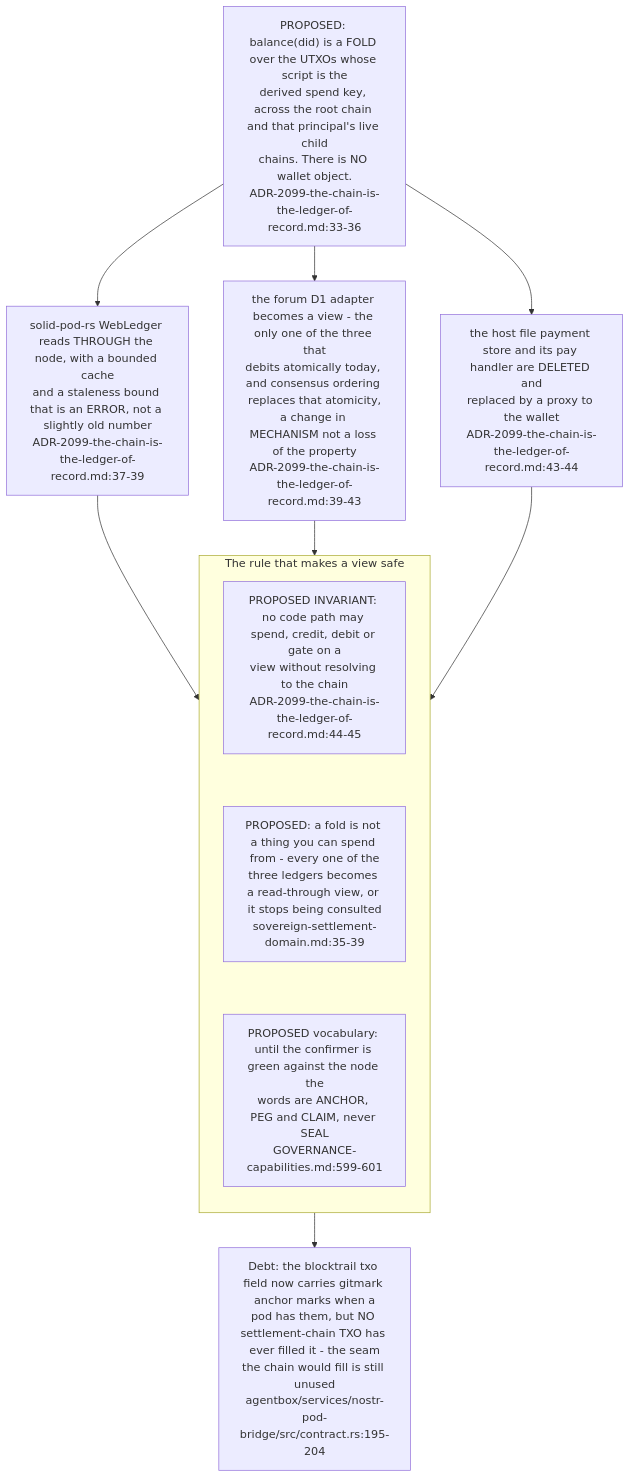
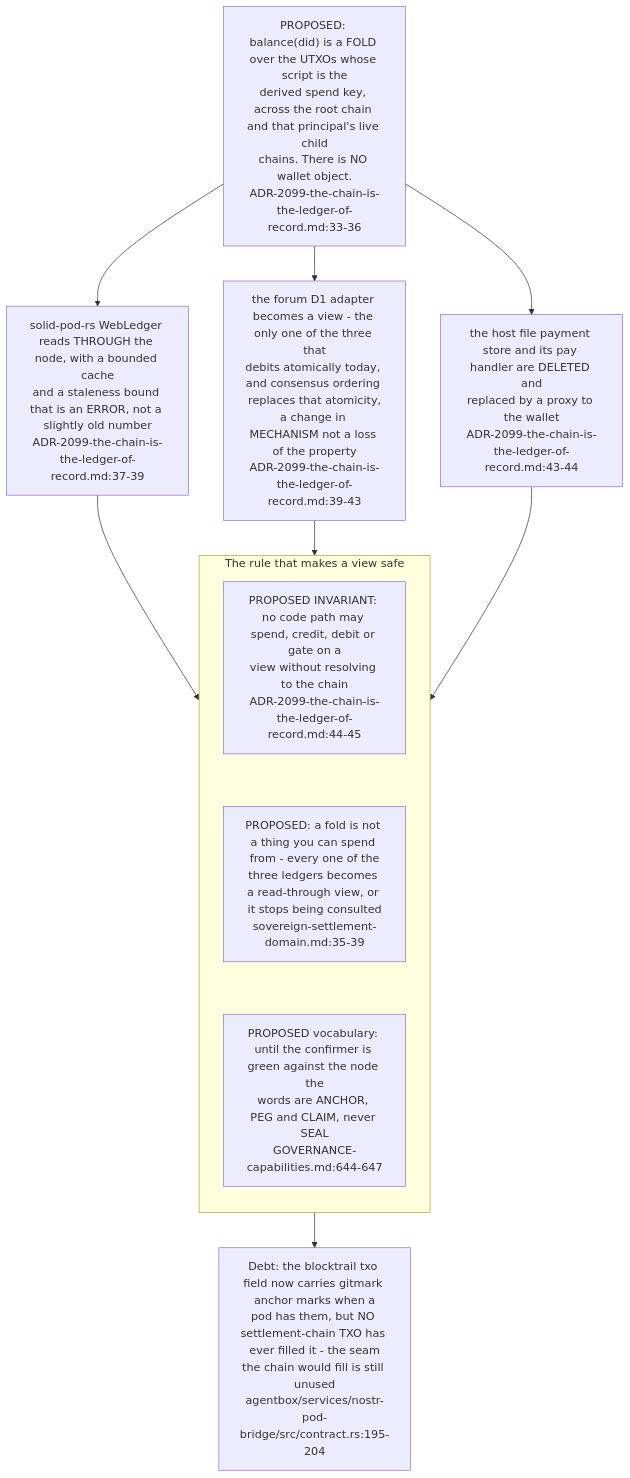
One commit to DreamLab-AI/VisionFlow changed the fourth of 7 diagrams in docs/diagrams/agentbox/31-sovereign-settlement.md. Above: the diagram before and after it, drawn with Mermaid. The commit also changed other lines of this file and 160 other files, not shown here.

````diff
--- a/docs/diagrams/agentbox/31-sovereign-settlement.md
+++ b/docs/diagrams/agentbox/31-sovereign-settlement.md
@@ -167,18 +168,18 @@
 ```mermaid
 flowchart TB
     FOLD["PROPOSED: balance(did) is a FOLD over the UTXOs whose script is the<br/>derived spend key, across the root chain and that principal's live child<br/>chains. There is NO wallet object.<br/>ADR-2099-the-chain-is-the-ledger-of-record.md:33-36"]
     FOLD --> V1["solid-pod-rs WebLedger reads THROUGH the node, with a bounded cache<br/>and a staleness bound that is an ERROR, not a slightly old number<br/>ADR-2099-the-chain-is-the-ledger-of-record.md:37-39"]
     FOLD --> V2["the forum D1 adapter becomes a view - the only one of the three that<br/>debits atomically today, and consensus ordering replaces that atomicity,<br/>a change in MECHANISM not a loss of the property<br/>ADR-2099-the-chain-is-the-ledger-of-record.md:39-43"]
     FOLD --> V3["the host file payment store and its pay handler are DELETED and<br/>replaced by a proxy to the wallet<br/>ADR-2099-the-chain-is-the-ledger-of-record.md:43-44"]
     subgraph rule["The rule that makes a view safe"]
         direction TB
         R1["PROPOSED INVARIANT: no code path may spend, credit, debit or gate on a<br/>view without resolving to the chain<br/>ADR-2099-the-chain-is-the-ledger-of-record.md:44-45"]
         R2["PROPOSED: a fold is not a thing you can spend from - every one of the<br/>three ledgers becomes a read-through view, or it stops being consulted<br/>sovereign-settlement-domain.md:35-39"]
-        R3["PROPOSED vocabulary: until the confirmer is green against the node the<br/>words are ANCHOR, PEG and CLAIM, never SEAL<br/>GOVERNANCE-capabilities.md:599-601"]
+        R3["PROPOSED vocabulary: until the confirmer is green against the node the<br/>words are ANCHOR, PEG and CLAIM, never SEAL<br/>GOVERNANCE-capabilities.md:644-647"]
         R1 ~~~ R2 ~~~ R3
     end
     V1 --> rule
     V2 --> rule
     V3 --> rule
     rule --> DEBT["Debt: the blocktrail txo field now carries gitmark anchor marks when a<br/>pod has them, but NO settlement-chain TXO has ever filled it - the seam<br/>the chain would fill is still unused<br/>agentbox/services/nostr-pod-bridge/src/contract.rs:195-204"]
 ```
````
